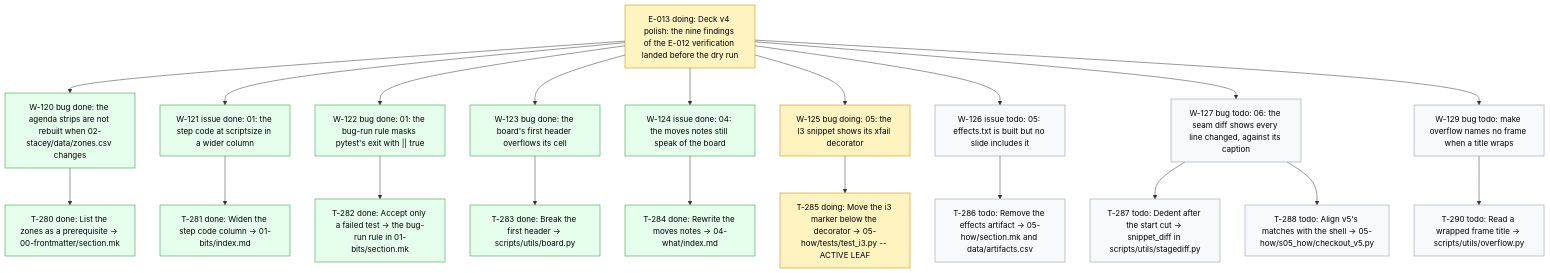
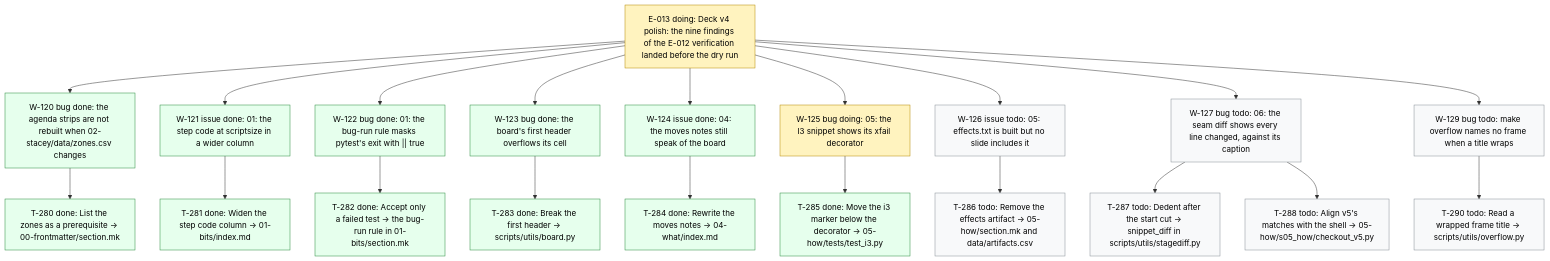
One commit to dpopchev/chaos-to-simple changed the diagram in .board/BOARD.md. Above: the diagram before and after it, drawn with Mermaid. The commit also changed other lines of this file and 1 other file, not shown here.

Commit message:
chore(board): close T-285 -- W-125 ready to land
Refs: W-125 T-285

````diff
--- a/.board/BOARD.md
+++ b/.board/BOARD.md
@@ -729,31 +729,31 @@
 ```mermaid
 flowchart TD
   E013["E-013 doing: Deck v4 polish: the nine findings of the E-012 verification landed before the dry run"]
   E013 --> W120["W-120 bug done: the agenda strips are not rebuilt when 02-stacey/data/zones.csv changes"]
   W120 --> T280["T-280 done: List the zones as a prerequisite -> 00-frontmatter/section.mk"]
   E013 --> W121["W-121 issue done: 01: the step code at scriptsize in a wider column"]
   W121 --> T281["T-281 done: Widen the step code column -> 01-bits/index.md"]
   E013 --> W122["W-122 bug done: 01: the bug-run rule masks pytest's exit with || true"]
   W122 --> T282["T-282 done: Accept only a failed test -> the bug-run rule in 01-bits/section.mk"]
   E013 --> W123["W-123 bug done: the board's first header overflows its cell"]
   W123 --> T283["T-283 done: Break the first header -> scripts/utils/board.py"]
   E013 --> W124["W-124 issue done: 04: the moves notes still speak of the board"]
   W124 --> T284["T-284 done: Rewrite the moves notes -> 04-what/index.md"]
   E013 --> W125["W-125 bug doing: 05: the I3 snippet shows its xfail decorator"]
-  W125 --> T285["T-285 doing: Move the i3 marker below the decorator -> 05-how/tests/test_i3.py -- ACTIVE LEAF"]
+  W125 --> T285["T-285 done: Move the i3 marker below the decorator -> 05-how/tests/test_i3.py"]
   E013 --> W126["W-126 issue todo: 05: effects.txt is built but no slide includes it"]
   W126 --> T286["T-286 todo: Remove the effects artifact -> 05-how/section.mk and data/artifacts.csv"]
   E013 --> W127["W-127 bug todo: 06: the seam diff shows every line changed, against its caption"]
   W127 --> T287["T-287 todo: Dedent after the start cut -> snippet_diff in scripts/utils/stagediff.py"]
   W127 --> T288["T-288 todo: Align v5's matches with the shell -> 05-how/s05_how/checkout_v5.py"]
   E013 --> W129["W-129 bug todo: make overflow names no frame when a title wraps"]
   W129 --> T290["T-290 todo: Read a wrapped frame title -> scripts/utils/overflow.py"]
   classDef doing fill:#fff3bf,stroke:#b58900,color:#000;
   classDef blocked fill:#ffe3e3,stroke:#c92a2a,color:#000;
   classDef done fill:#e6ffed,stroke:#2b8a3e,color:#000;
   classDef todo fill:#f8f9fa,stroke:#868e96,color:#000;
   classDef pruned fill:#f1f3f5,stroke:#adb5bd,color:#000;
-  class E013,W125,T285 doing
-  class W120,T280,W121,T281,W122,T282,W123,T283,W124,T284 done
+  class E013,W125 doing
+  class W120,T280,W121,T281,W122,T282,W123,T283,W124,T284,T285 done
   class W126,T286,W127,T287,T288,W129,T290 todo
 ```
````
